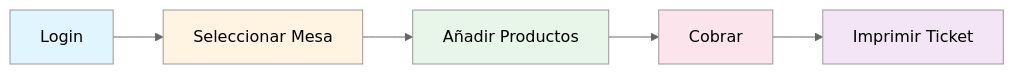
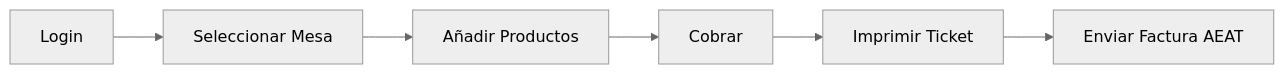
One commit to MKS2508/tpv-el-haido2 changed the first of 4 diagrams in apps/haidodocs/public/manual-usuario.md. Above: the diagram before and after it, drawn with Mermaid (neutral theme). The commit also changed other lines of this file and 23 other files, not shown here.

````diff
--- a/apps/haidodocs/public/manual-usuario.md
+++ b/apps/haidodocs/public/manual-usuario.md
@@ -65,13 +58,8 @@
 ```mermaid
 graph LR
     A[Login] --> B[Seleccionar Mesa]
     B --> C[Añadir Productos]
     C --> D[Cobrar]
     D --> E[Imprimir Ticket]
-
-    style A fill:#e1f5ff
-    style B fill:#fff4e1
-    style C fill:#e8f5e9
-    style D fill:#fce4ec
-    style E fill:#f3e5f5
+    E --> F[Enviar Factura AEAT]
 ```
````
